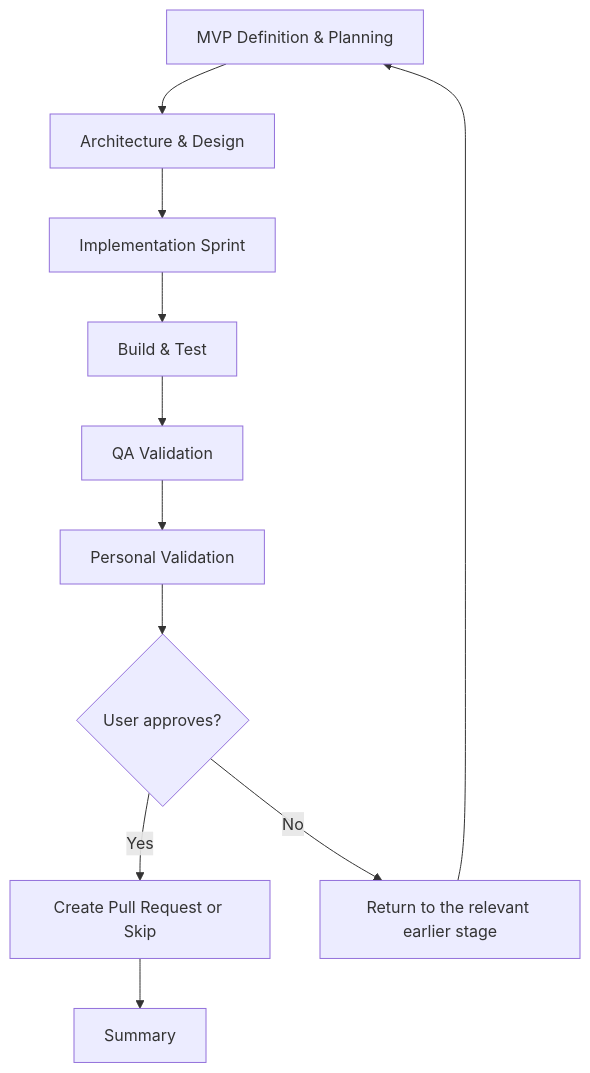
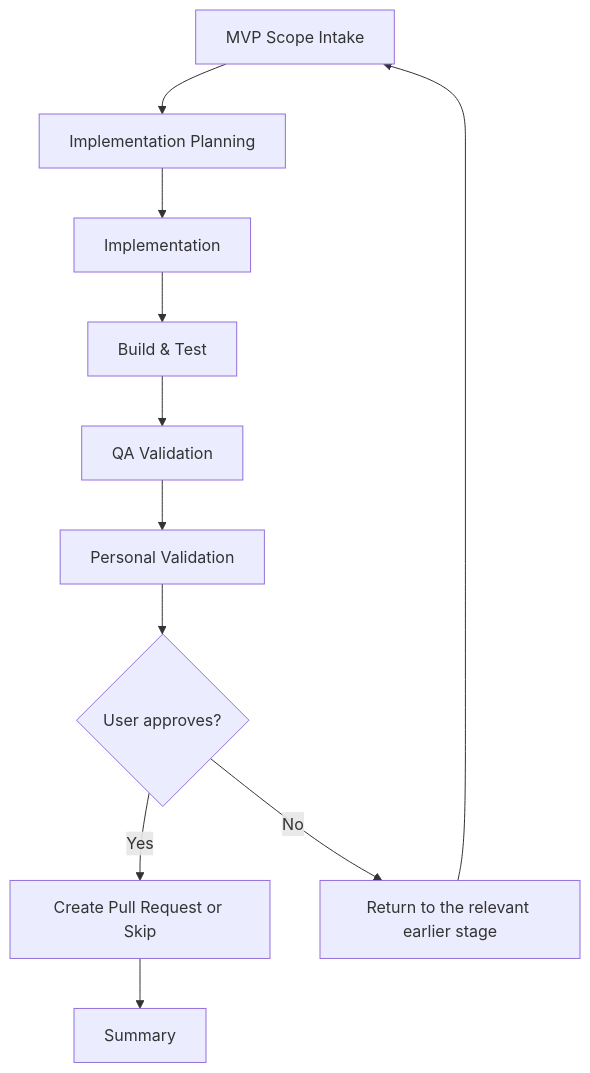
One commit to JSdotNet/Copilot changed the third of 14 diagrams in plugins/copilot-app/resources/orchestration-flow-diagrams.md. Above: the diagram before and after it, drawn with Mermaid. The commit also changed other lines of this file and 19 other files, not shown here.

````diff
--- a/plugins/copilot-app/resources/orchestration-flow-diagrams.md
+++ b/plugins/copilot-app/resources/orchestration-flow-diagrams.md
@@ -45,13 +71,13 @@
 ```mermaid
 flowchart TD
-    A["MVP Definition & Planning"] --> B["Architecture & Design"]
-    B --> C["Implementation Sprint"]
+    A["MVP Scope Intake"] --> B["Implementation Planning"]
+    B --> C["Implementation"]
     C --> D["Build & Test"]
     D --> E["QA Validation"]
     E --> F["Personal Validation"]
     F --> G{User approves?}
     G -->|Yes| H["Create Pull Request or Skip"]
     G -->|No| I["Return to the relevant earlier stage"]
     I --> A
     H --> J["Summary"]
 ```
````
